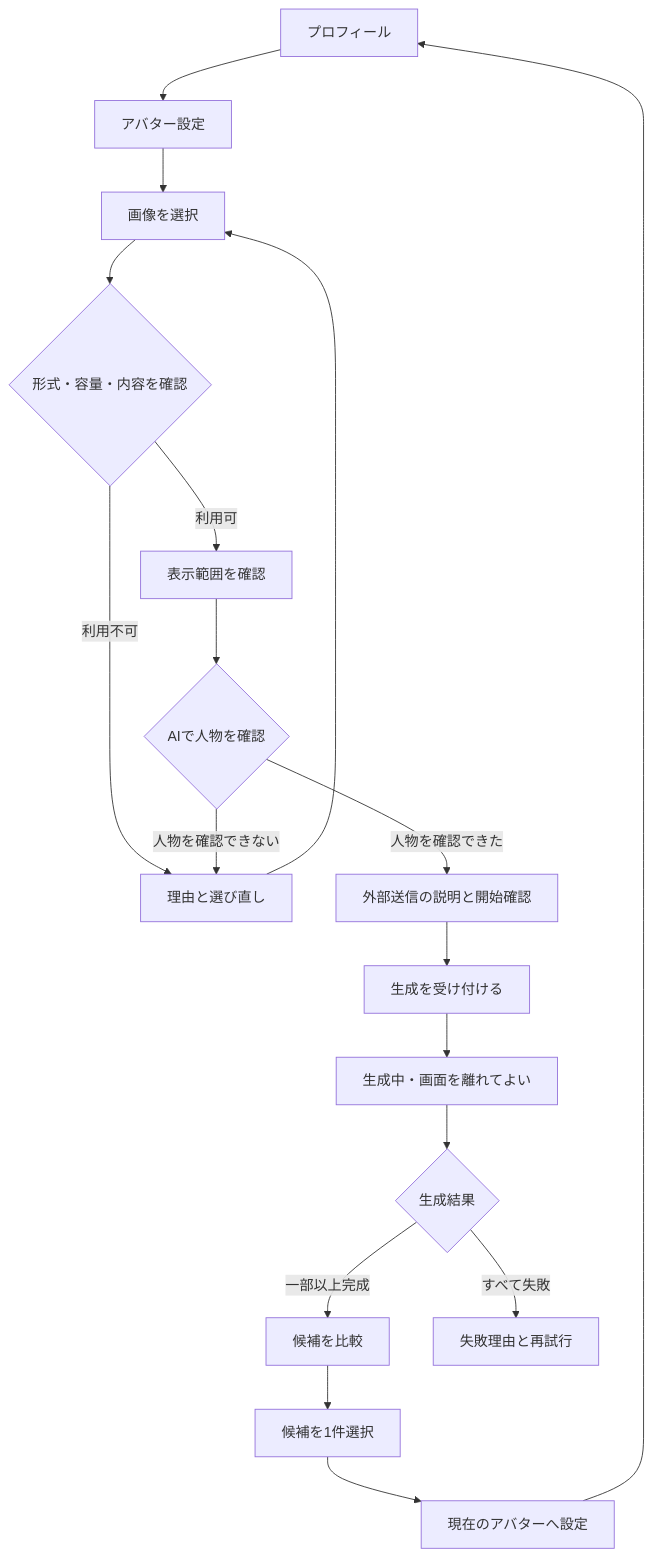
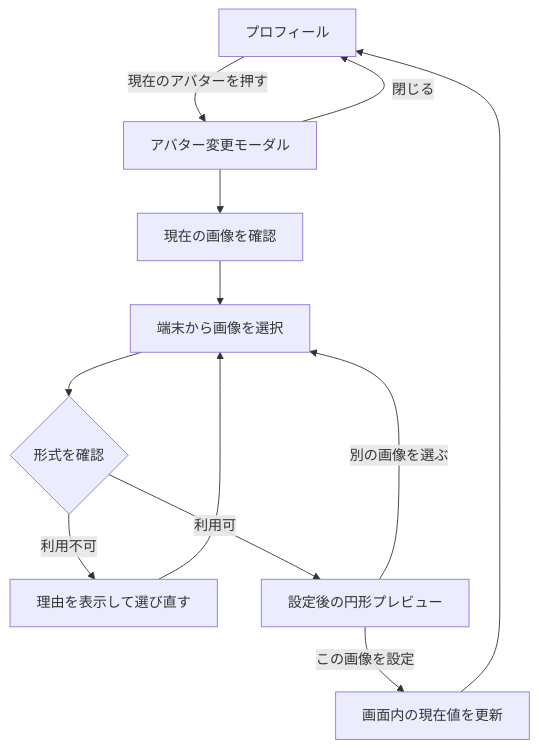
One commit to kkyosuke/me-builder changed the first of 2 diagrams in docs/product/avatar-experience.md. Above: the diagram before and after it, drawn with Mermaid. The commit also changed other lines of this file and 14 other files, not shown here.

````diff
--- a/docs/product/avatar-experience.md
+++ b/docs/product/avatar-experience.md
@@ -112,20 +51,14 @@
 ```mermaid
 flowchart TD
-    P[プロフィール] --> S[アバター設定]
-    S --> U[画像を選択]
-    U --> V{形式・容量・内容を確認}
-    V -->|利用不可| UE[理由と選び直し]
-    UE --> U
-    V -->|利用可| C[表示範囲を確認]
-    C --> D{AIで人物を確認}
-    D -->|人物を確認できない| UE
-    D -->|人物を確認できた| X[外部送信の説明と開始確認]
-    X --> J[生成を受け付ける]
-    J --> W[生成中・画面を離れてよい]
-    W --> R{生成結果}
-    R -->|一部以上完成| G[候補を比較]
-    R -->|すべて失敗| F[失敗理由と再試行]
-    G --> E[候補を1件選択]
-    E --> A[現在のアバターへ設定]
-    A --> P
+    P[プロフィール] -->|現在のアバターを押す| M[アバター変更モーダル]
+    M --> C[現在の画像を確認]
+    C --> F[端末から画像を選択]
+    F --> V{形式を確認}
+    V -->|利用不可| E[理由を表示して選び直す]
+    E --> F
+    V -->|利用可| R[設定後の円形プレビュー]
+    R -->|別の画像を選ぶ| F
+    R -->|この画像を設定| S[画面内の現在値を更新]
+    S --> P
+    M -->|閉じる| P
 ```
````
